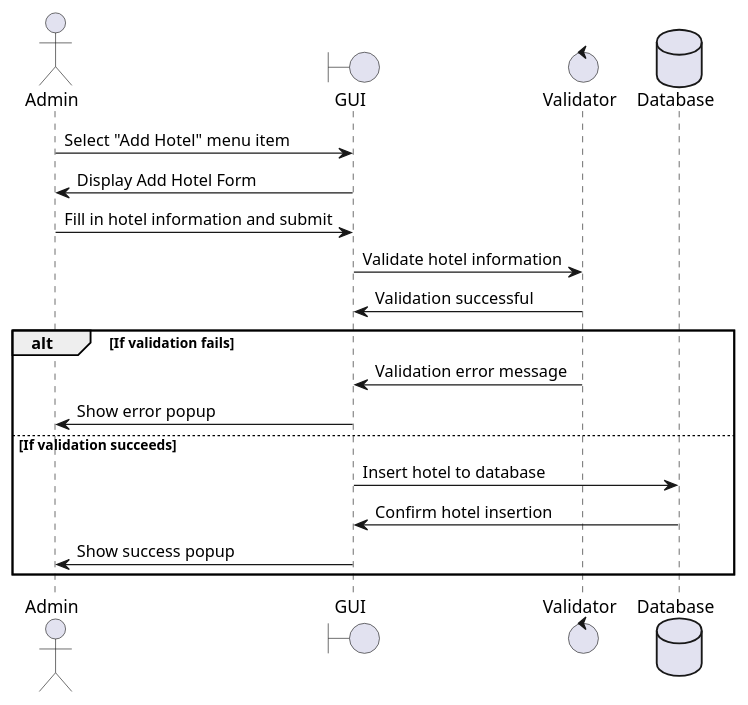
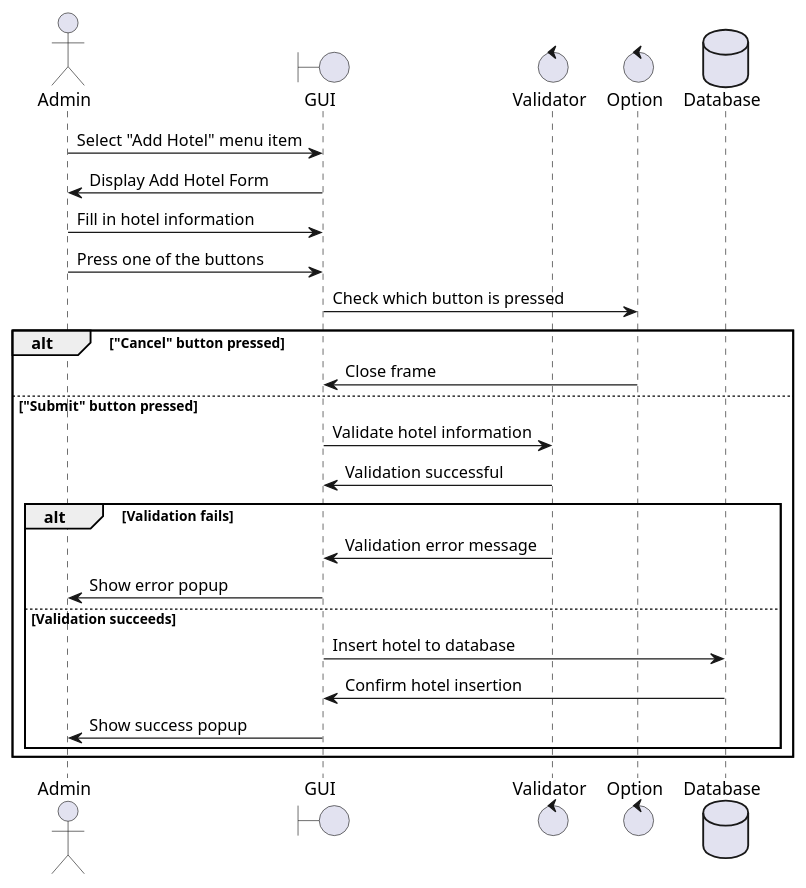
Before and after one commit to DMG-TechLabs/hotel-manager: the diagram in docs/sequence-diagrams/kdesp73/hotel-add.plantuml, drawn with PlantUML. The commit also changed 6 other files, not shown here.

Commit message:
fixed flow issues / added room-add.plantuml

```diff
--- a/docs/sequence-diagrams/kdesp73/hotel-add.plantuml
+++ b/docs/sequence-diagrams/kdesp73/hotel-add.plantuml
@@ -1,21 +1,29 @@
 @startuml hotel-add
 
 actor Admin as A
 boundary GUI as G
 control Validator as V
+control Option as O
 database Database as D
 
 A -> G : Select "Add Hotel" menu item
 G -> A : Display Add Hotel Form
-A -> G : Fill in hotel information and submit
-G -> V : Validate hotel information
-V -> G : Validation successful
-alt If validation fails
-    V -> G : Validation error message
-    G -> A : Show error popup
-else If validation succeeds
-    G -> D : Insert hotel to database
-    D -> G : Confirm hotel insertion
-    G -> A : Show success popup
+A -> G : Fill in hotel information
+A -> G : Press one of the buttons
+G -> O : Check which button is pressed
+alt "Cancel" button pressed
+    O -> G : Close frame
+else "Submit" button pressed
+    G -> V : Validate hotel information
+    V -> G : Validation successful
+    alt Validation fails
+        V -> G : Validation error message
+        G -> A : Show error popup
+    else Validation succeeds
+        G -> D : Insert hotel to database
+        D -> G : Confirm hotel insertion
+        G -> A : Show success popup
+    end
 end
+
 @enduml
```
